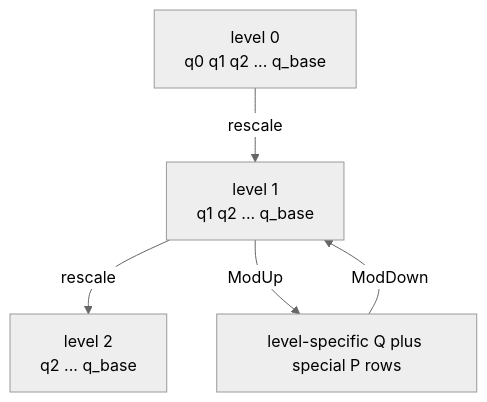
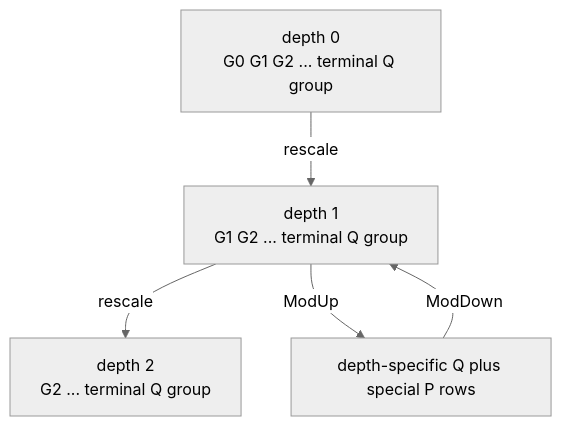
One commit to visualDust/fhelium changed the first of 5 diagrams in docs/developer/rns-and-ntt.md. Above: the diagram before and after it, drawn with Mermaid (neutral theme). The commit also changed other lines of this file and 369 other files, not shown here.

````diff
--- a/docs/developer/rns-and-ntt.md
+++ b/docs/developer/rns-and-ntt.md
@@ -24,10 +25,10 @@
 ```mermaid
 graph TB
-    L0[level 0<br/>q0 q1 q2 ... q_base]
-    L1[level 1<br/>q1 q2 ... q_base]
-    L2[level 2<br/>q2 ... q_base]
-    QP[level-specific Q plus special P rows]
+    L0[depth 0<br/>G0 G1 G2 ... terminal Q group]
+    L1[depth 1<br/>G1 G2 ... terminal Q group]
+    L2[depth 2<br/>G2 ... terminal Q group]
+    QP[depth-specific Q plus special P rows]
     L0 -->|rescale| L1 -->|rescale| L2
     L1 -->|ModUp| QP
     QP -->|ModDown| L1
 ```
````
